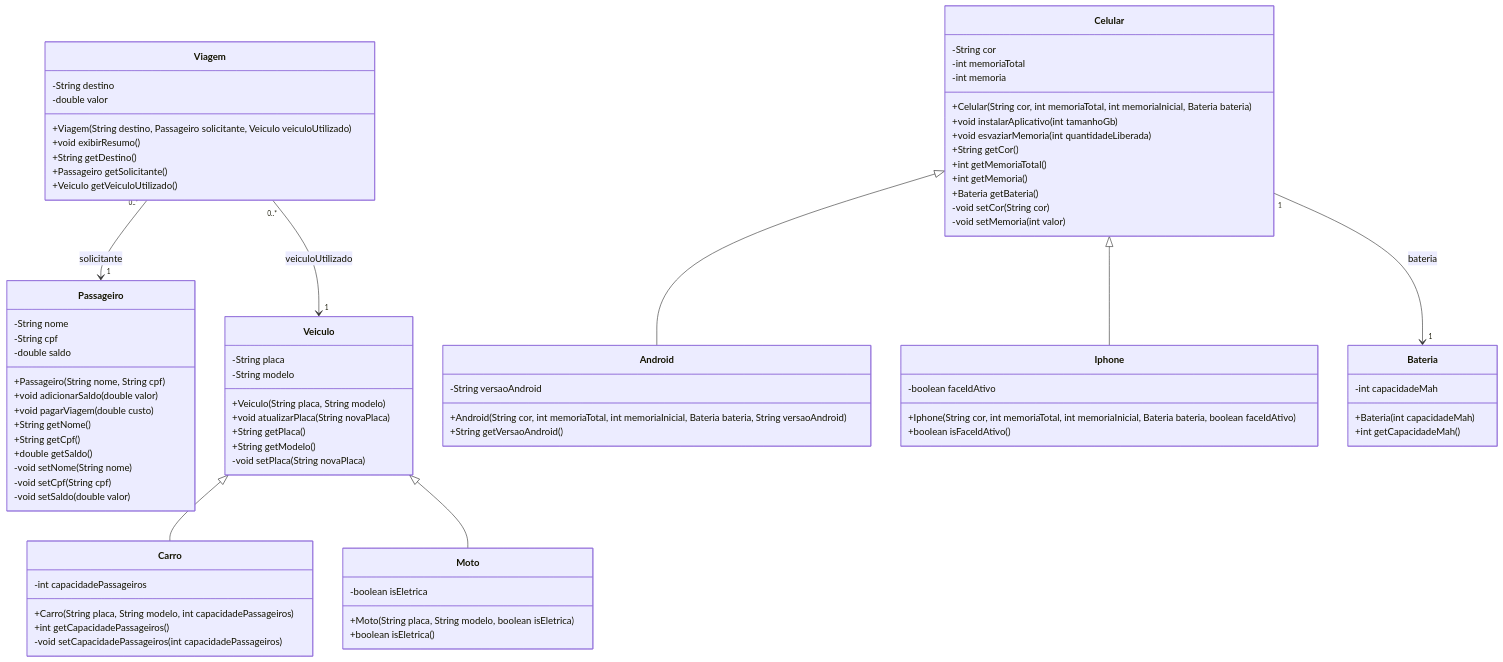
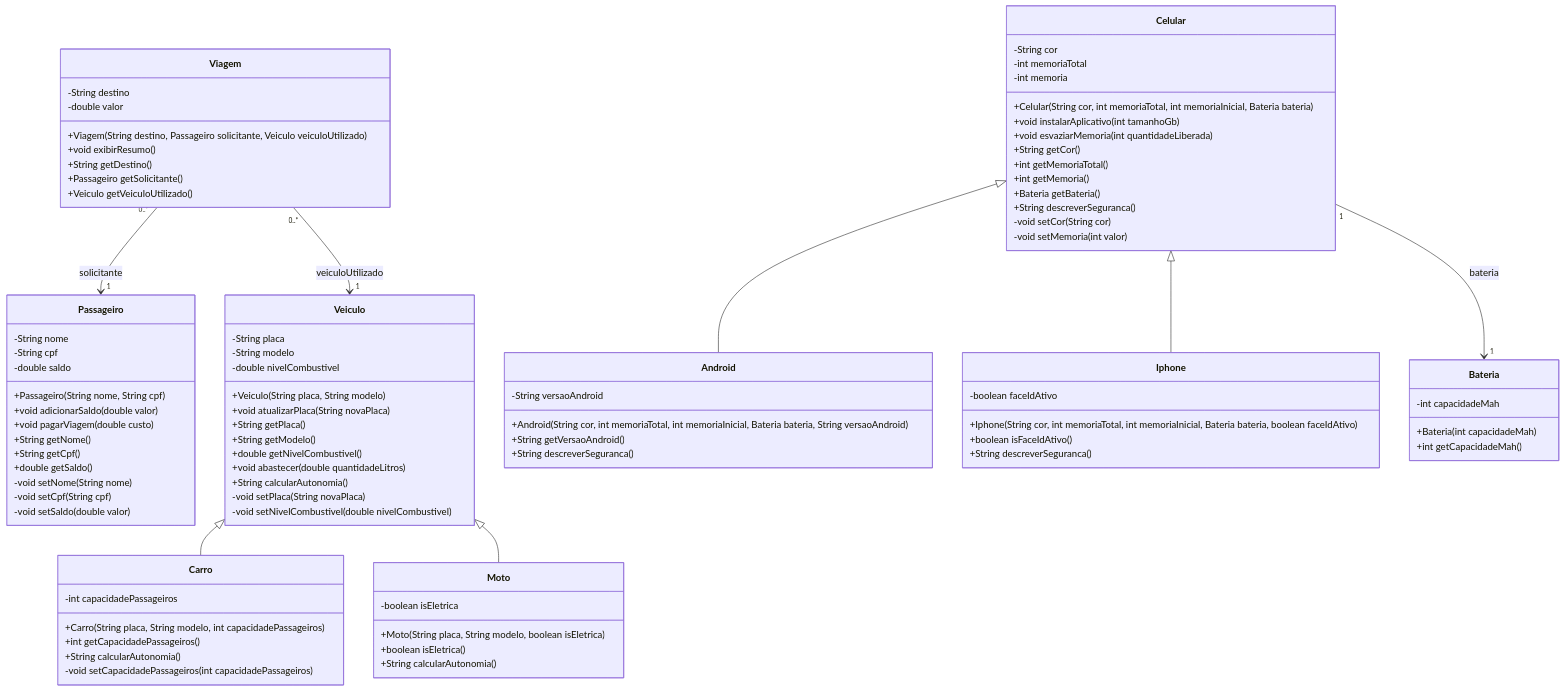
One commit to Pedro-Ivson/fiap-poo changed the diagram in docs/uml.md. Above: the diagram before and after it, drawn with Mermaid. The commit also changed other lines of this file and 11 other files, not shown here.

```diff
--- a/docs/uml.md
+++ b/docs/uml.md
@@ -25,17 +25,23 @@
     class Veiculo {
         -String placa
         -String modelo
+        -double nivelCombustivel
         +Veiculo(String placa, String modelo)
         +void atualizarPlaca(String novaPlaca)
         +String getPlaca()
         +String getModelo()
+        +double getNivelCombustivel()
+        +void abastecer(double quantidadeLitros)
+        +String calcularAutonomia()
         -void setPlaca(String novaPlaca)
+        -void setNivelCombustivel(double nivelCombustivel)
     }
 
     class Carro {
         -int capacidadePassageiros
         +Carro(String placa, String modelo, int capacidadePassageiros)
         +int getCapacidadePassageiros()
+        +String calcularAutonomia()
         -void setCapacidadePassageiros(int capacidadePassageiros)
     }
 
@@ -43,6 +49,7 @@
         -boolean isEletrica
         +Moto(String placa, String modelo, boolean isEletrica)
         +boolean isEletrica()
+        +String calcularAutonomia()
     }
 
     class Viagem {
@@ -66,6 +73,7 @@
         +int getMemoriaTotal()
         +int getMemoria()
         +Bateria getBateria()
+        +String descreverSeguranca()
         -void setCor(String cor)
         -void setMemoria(int valor)
     }
@@ -74,12 +82,14 @@
         -String versaoAndroid
         +Android(String cor, int memoriaTotal, int memoriaInicial, Bateria bateria, String versaoAndroid)
         +String getVersaoAndroid()
+        +String descreverSeguranca()
     }
 
     class Iphone {
         -boolean faceIdAtivo
         +Iphone(String cor, int memoriaTotal, int memoriaInicial, Bateria bateria, boolean faceIdAtivo)
         +boolean isFaceIdAtivo()
+        +String descreverSeguranca()
     }
 
     class Bateria {
```
